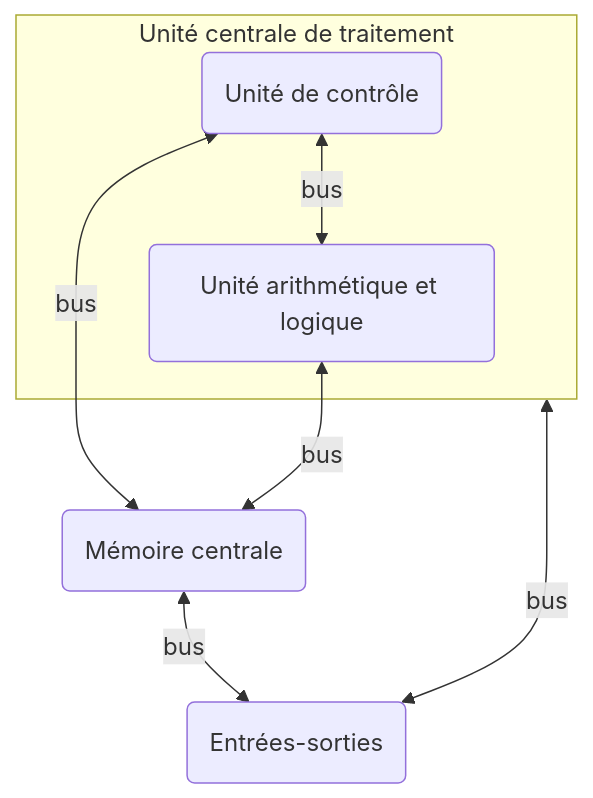
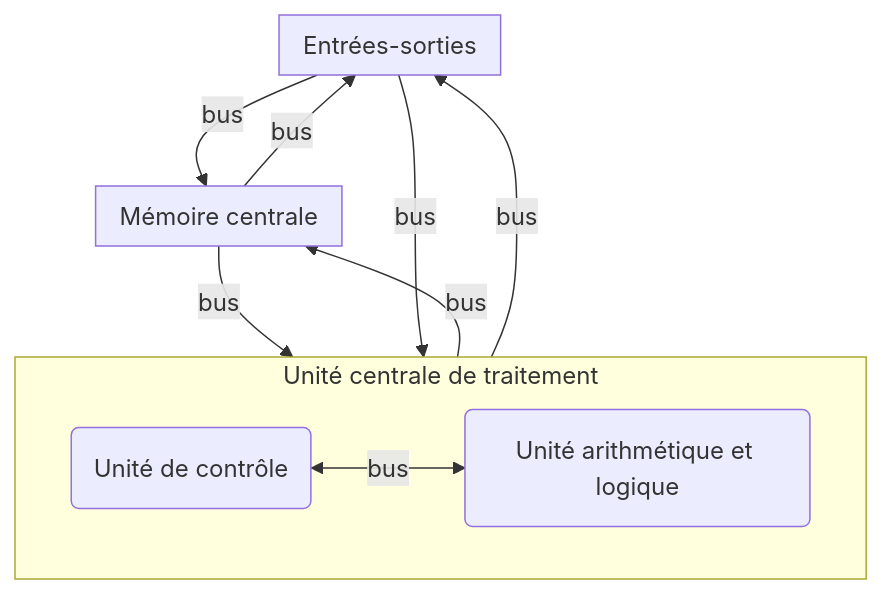
One commit to boddaert/nsi changed the diagram in première/Architecture_des_machines/Modèle_Von_Neumann.md. Above: the diagram before and after it, drawn with Mermaid.

````diff
--- a/première/Architecture_des_machines/Modèle_Von_Neumann.md
+++ b/première/Architecture_des_machines/Modèle_Von_Neumann.md
@@ -23,10 +23,19 @@
 ```mermaid
 flowchart TB
     subgraph a["Unité centrale de traitement"]
         b("Unité de contrôle") <-- bus --> c("Unité arithmétique et logique")
     end
-    b <-- bus --> d("Mémoire centrale")
-    c <-- bus --> d
-    a <-- bus --> e("Entrées-sorties")
-    d <-- bus --> e
+
+    subgraph d["Mémoire centrale"]
+    end
+
+    subgraph e["Entrées-sorties"]
+    end
+
+    a -- bus --> d
+    d -- bus --> a
+    a -- bus --> e
+    e -- bus --> a
+    e -- bus --> d
+    d -- bus --> e
 ```
````
